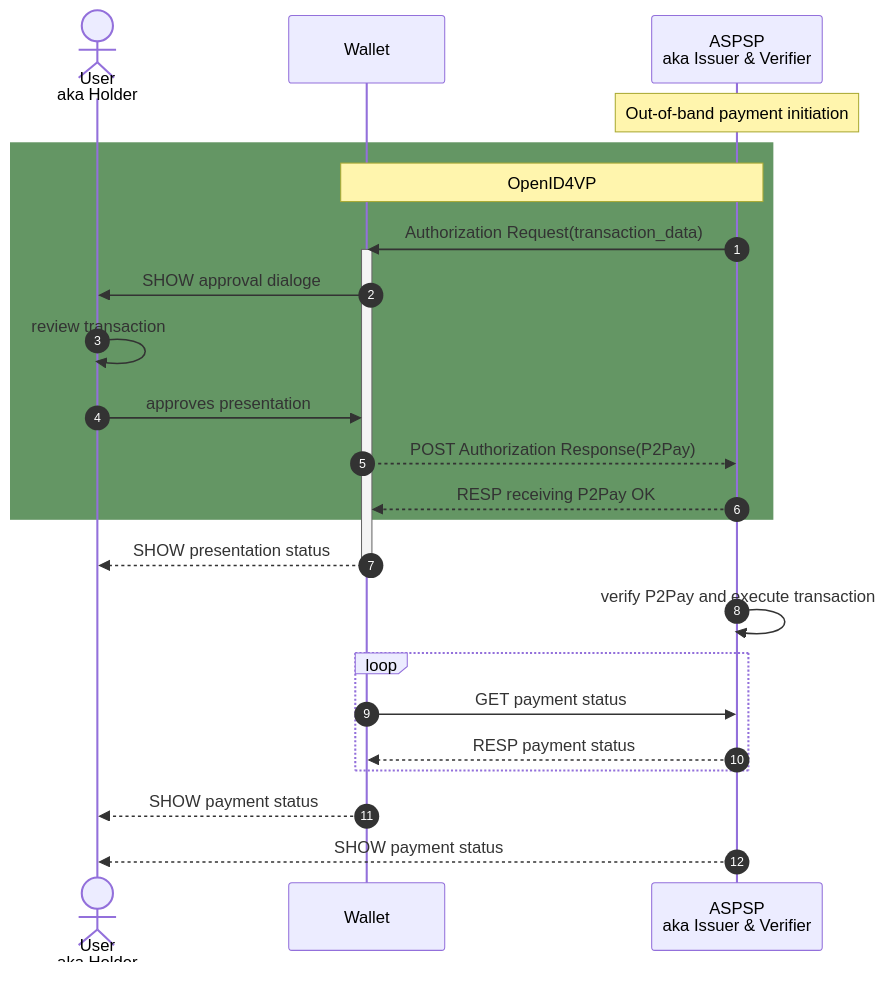
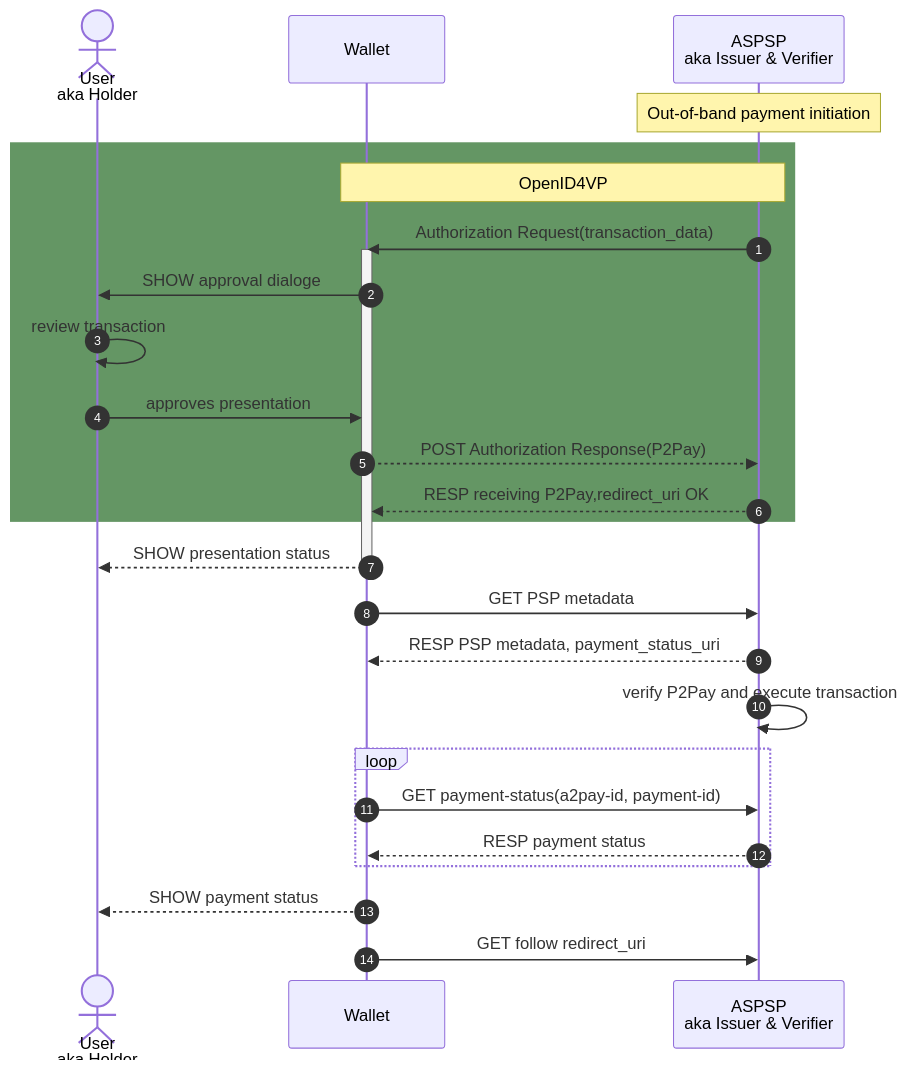
The first of 3 diagrams in payment-reference-doc.md (nobid-consortium/payment-reference-documentation), drawn with Mermaid before and after one commit. The commit also changed other lines of this file and 1 other file, not shown here.

Commit message:
updated diagramms

````diff
--- a/payment-reference-doc.md
+++ b/payment-reference-doc.md
@@ -327,29 +327,33 @@
 ```mermaid
 
 sequenceDiagram
     autonumber
     actor user as User<br/>aka Holder
     participant wallet as Wallet 
     participant psp as ASPSP<br/>aka Issuer & Verifier
 
     Note over psp: Out-of-band payment initiation
     rect rgb(100, 150, 100)
     note over wallet, psp: OpenID4VP
     psp ->> wallet: Authorization Request(transaction_data)
     activate wallet
     wallet ->> user: SHOW approval dialoge
     user ->> user: review transaction
     user ->> wallet: approves presentation
     wallet -->> psp: POST Authorization Response(P2Pay)
-    psp -->> wallet: RESP receiving P2Pay OK
+    psp -->> wallet: RESP receiving P2Pay,redirect_uri OK
     end
     wallet -->> user: SHOW presentation status
     deactivate wallet
+    wallet ->> psp: GET PSP metadata
+    psp -->> wallet: RESP PSP metadata, payment_status_uri
     psp ->> psp: verify P2Pay and execute transaction
     loop
-    wallet ->> psp: GET payment status
+    wallet ->> psp: GET payment-status(a2pay-id, payment-id)
+
     psp -->> wallet: RESP payment status 
     end
     wallet -->> user: SHOW payment status
-    psp -->> user: SHOW payment status
+    wallet ->> psp: GET follow redirect_uri
+
 ```
````
